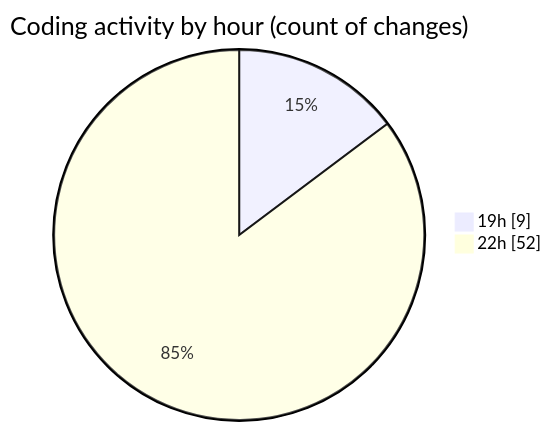
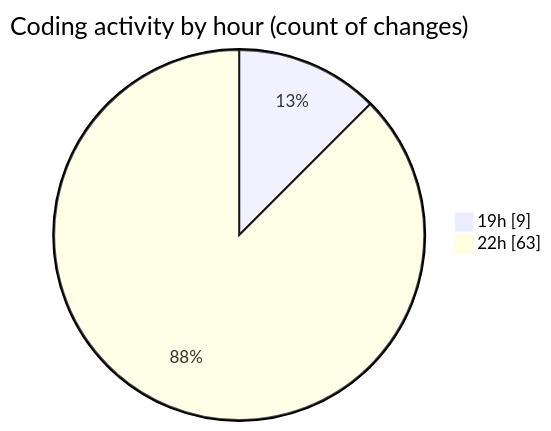
The second of 2 diagrams in 2025-10-07/untitled__workspace_/README.md (MatusMokan/code-tracking), drawn with Mermaid before and after one commit. The commit also changed other lines of this file and 1 other file, not shown here.

````diff
--- a/2025-10-07/untitled__workspace_/README.md
+++ b/2025-10-07/untitled__workspace_/README.md
@@ -31,6 +31,6 @@
 ```mermaid
 pie showData
 title Coding activity by hour (count of changes)
 "19h" : 9
-"22h" : 52
+"22h" : 63
 ```
````
